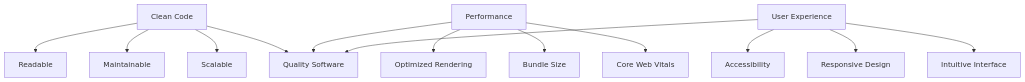
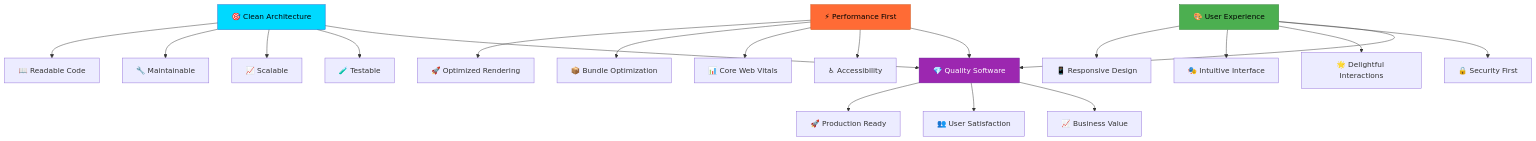
Before and after one commit to Vishal-770/Vishal-770: the diagram in README.md, drawn with Mermaid. The commit also changed other lines of this file, not shown here.

````diff
--- a/README.md
+++ b/README.md
@@ -161,18 +257,30 @@
 ```mermaid
-graph TD
-    A[Clean Code] --> B[Readable]
-    A --> C[Maintainable]
-    A --> D[Scalable]
+graph TB
+    A[🎯 Clean Architecture] --> B[📖 Readable Code]
+    A --> C[🔧 Maintainable]
+    A --> D[📈 Scalable]
+    A --> E[🧪 Testable]
     
-    E[Performance] --> F[Optimized Rendering]
-    E --> G[Bundle Size]
-    E --> H[Core Web Vitals]
+    F[⚡ Performance First] --> G[🚀 Optimized Rendering]
+    F --> H[📦 Bundle Optimization]
+    F --> I[📊 Core Web Vitals]
+    F --> J[♿ Accessibility]
     
-    I[User Experience] --> J[Accessibility]
-    I --> K[Responsive Design]
-    I --> L[Intuitive Interface]
+    K[🎨 User Experience] --> L[📱 Responsive Design]
+    K --> M[🎭 Intuitive Interface]
+    K --> N[🌟 Delightful Interactions]
+    K --> O[🔒 Security First]
     
-    A --> M[Quality Software]
-    E --> M
-    I --> M
+    A --> P[💎 Quality Software]
+    F --> P
+    K --> P
+    
+    P --> Q[🚀 Production Ready]
+    P --> R[👥 User Satisfaction]
+    P --> S[📈 Business Value]
+    
+    style A fill:#00d9ff,stroke:#0066cc,color:#000
+    style F fill:#ff6b35,stroke:#cc4400,color:#000
+    style K fill:#4caf50,stroke:#2e7d32,color:#000
+    style P fill:#9c27b0,stroke:#6a1b9a,color:#fff
 ```
````
